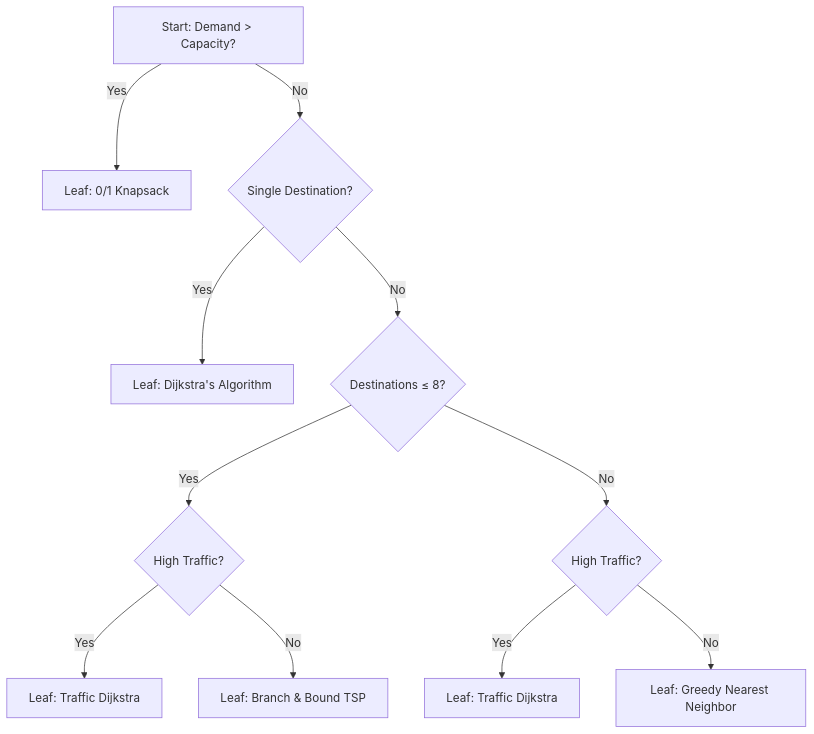
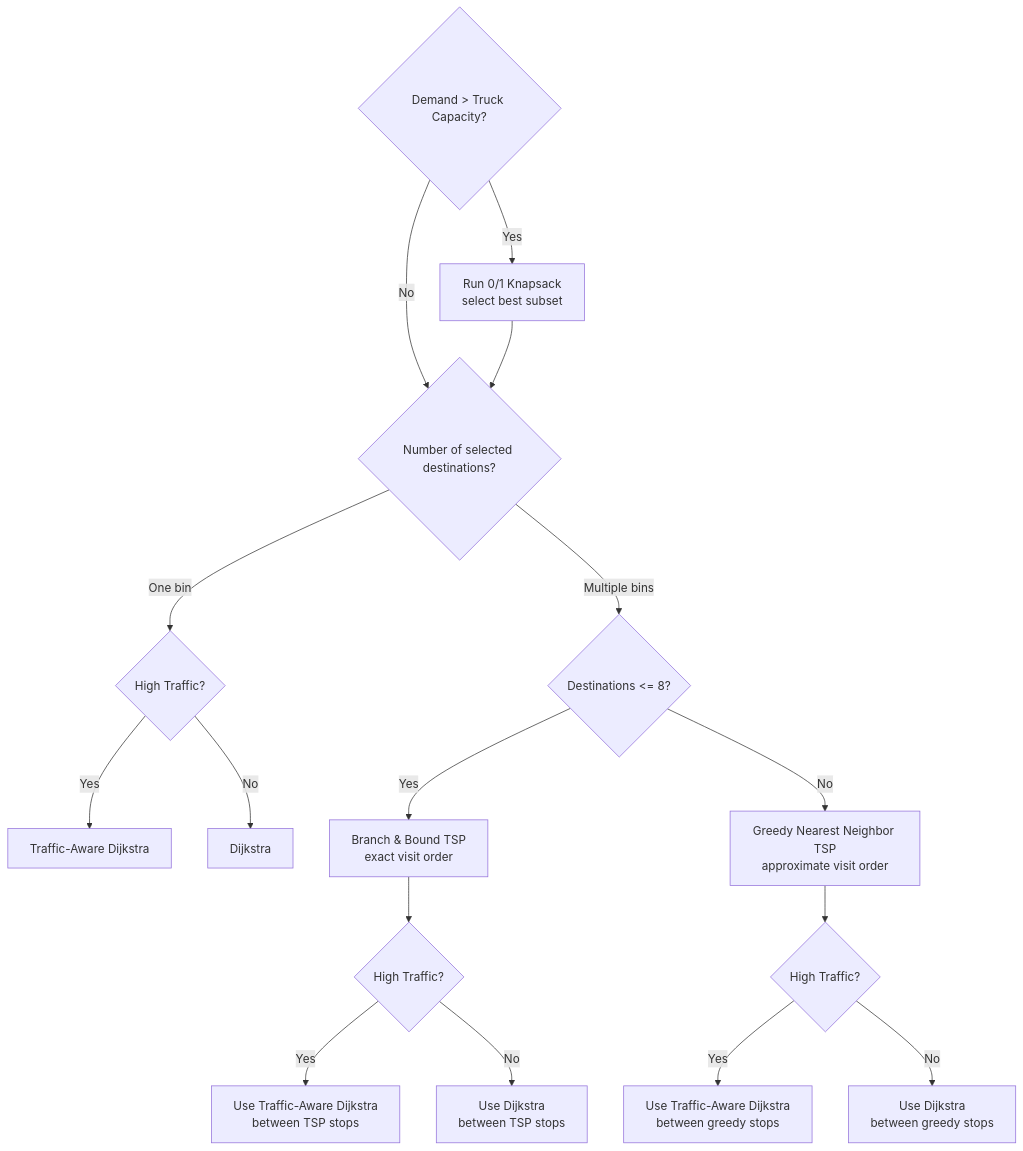
One commit to VasaShashank/DAA_EL changed the diagram in README.md. Above: the diagram before and after it, drawn with Mermaid. The commit also changed other lines of this file and 5 other files, not shown here.

Commit message:
fix routing docs and traffic-aware TSP

````diff
--- a/README.md
+++ b/README.md
@@ -56,18 +109,25 @@
 ```mermaid
 graph TD
-    Root[Start: Demand > Capacity?]
-    Root -->|Yes| Knapsack[Leaf: 0/1 Knapsack]
-    Root -->|No| DestCheck{Single Destination?}
-    
-    DestCheck -->|Yes| Dijkstra[Leaf: Dijkstra's Algorithm]
-    DestCheck -->|No| CountCheck{Destinations ≤ 8?}
-    
-    CountCheck -->|Yes| BBTraffic{High Traffic?}
-    CountCheck -->|No| NNTraffic{High Traffic?}
-    
-    BBTraffic -->|Yes| TrafficDijkstra1[Leaf: Traffic Dijkstra]
-    BBTraffic -->|No| BBTSP[Leaf: Branch & Bound TSP]
-    
-    NNTraffic -->|Yes| TrafficDijkstra2[Leaf: Traffic Dijkstra]
-    NNTraffic -->|No| NearestNeighbor[Leaf: Greedy Nearest Neighbor]
+    Root{Demand > Truck Capacity?}
+    Root -->|Yes| Knapsack[Run 0/1 Knapsack<br/>select best subset]
+    Root -->|No| DestCheck{Number of selected destinations?}
+
+    Knapsack --> DestCheck
+
+    DestCheck -->|One bin| TrafficSingle{High Traffic?}
+    TrafficSingle -->|Yes| TrafficDijkstraSingle[Traffic-Aware Dijkstra]
+    TrafficSingle -->|No| Dijkstra[Dijkstra]
+
+    DestCheck -->|Multiple bins| CountCheck{Destinations <= 8?}
+    CountCheck -->|Yes| BBTSP[Branch & Bound TSP<br/>exact visit order]
+    CountCheck -->|No| GreedyTSP[Greedy Nearest Neighbor TSP<br/>approximate visit order]
+
+    BBTSP --> TrafficMultiA{High Traffic?}
+    GreedyTSP --> TrafficMultiB{High Traffic?}
+
+    TrafficMultiA -->|Yes| BBTraffic[Use Traffic-Aware Dijkstra<br/>between TSP stops]
+    TrafficMultiA -->|No| BBDijkstra[Use Dijkstra<br/>between TSP stops]
+
+    TrafficMultiB -->|Yes| GreedyTraffic[Use Traffic-Aware Dijkstra<br/>between greedy stops]
+    TrafficMultiB -->|No| GreedyDijkstra[Use Dijkstra<br/>between greedy stops]
 ```
````
